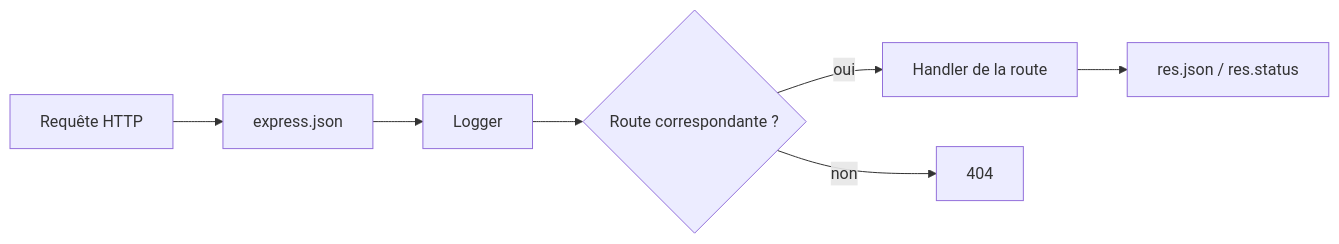
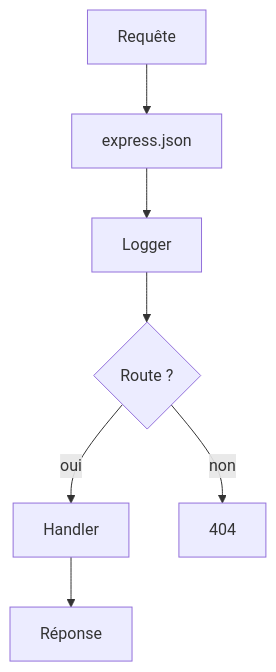
Before and after one commit to galsen-76/Informatique-: the diagram in 03 — Concepts/Express.md, drawn with Mermaid. The commit also changed 10 other files, not shown here.

First line of the commit message:
Concepts : diagrammes Mermaid raccourcis pour tenir en largeur

````diff
--- a/03 — Concepts/Express.md
+++ b/03 — Concepts/Express.md
@@ -45,9 +45,9 @@
 ```mermaid
-flowchart LR
-  R[Requête HTTP] --> M1[express.json]
+flowchart TD
+  R[Requête] --> M1[express.json]
   M1 --> M2[Logger]
-  M2 --> H{Route correspondante ?}
-  H -- oui --> C[Handler de la route]
+  M2 --> H{Route ?}
+  H -- oui --> C[Handler]
   H -- non --> N[404]
-  C --> S[res.json / res.status]
+  C --> S[Réponse]
 ```
````
